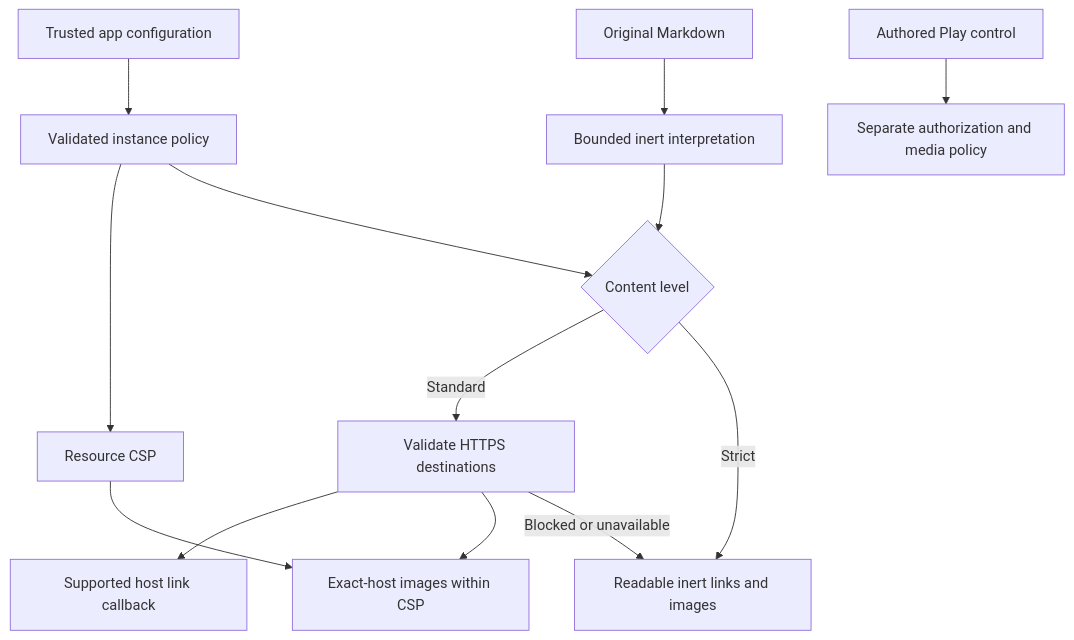
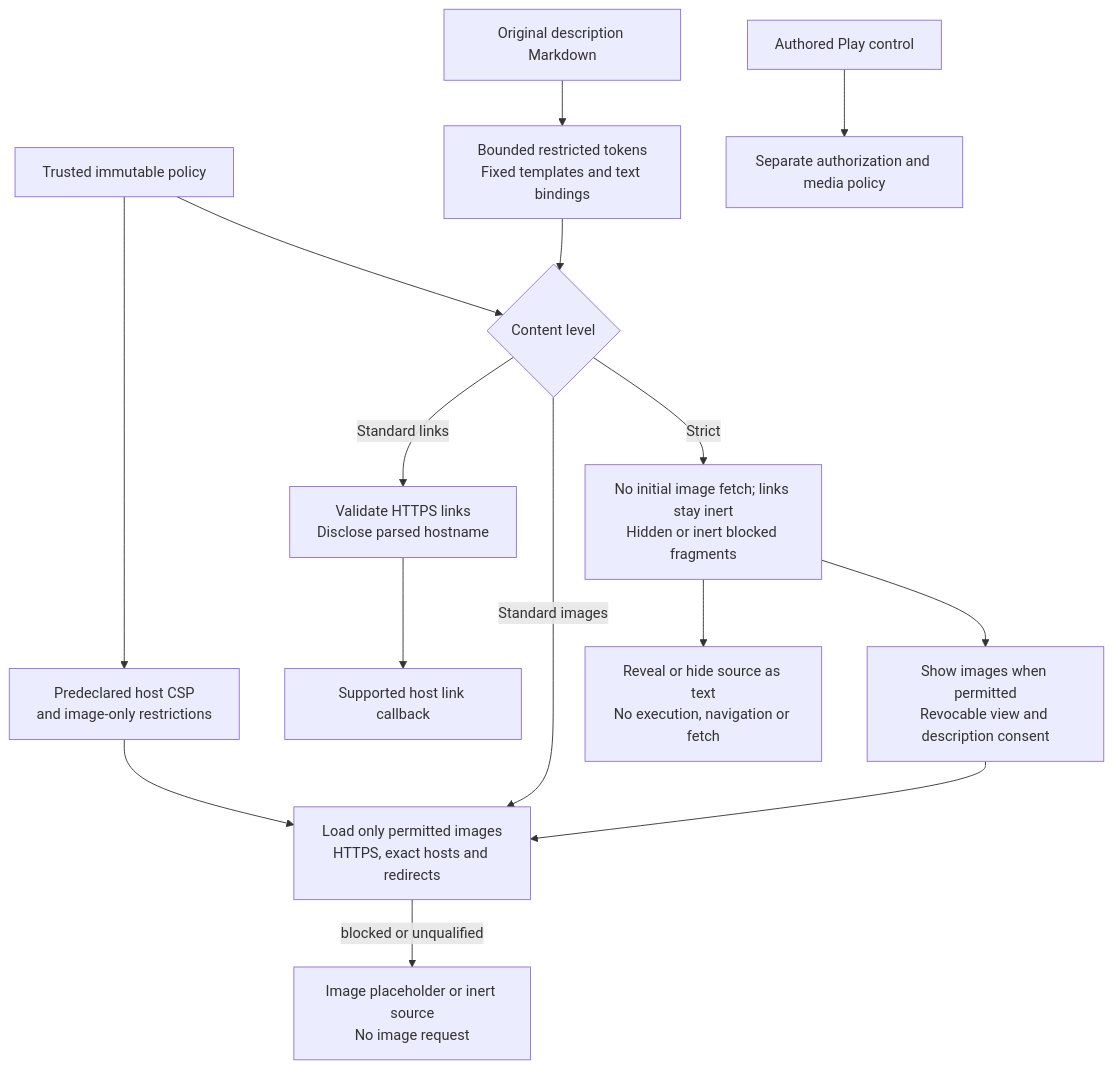
Before and after one commit to MachineWisdomAI/saga-a2ui: the diagram in diagrams/content-safety-levels.mmd, drawn with Mermaid. The commit also changed 6 other files, not shown here.

Commit message:
docs: clarify Strict content visibility and image consent

```diff
--- a/diagrams/content-safety-levels.mmd
+++ b/diagrams/content-safety-levels.mmd
@@ -1,13 +1,15 @@
 graph TD
-  A[Trusted app configuration] --> B[Validated instance policy]
-  B --> C[Resource CSP]
-  B --> D{Content level}
-  M[Original Markdown] --> N[Bounded inert interpretation]
+  P[Trusted immutable policy] --> C["Predeclared host CSP<br/>and image-only restrictions"]
+  P --> D{Content level}
+  M[Original description Markdown] --> N["Bounded restricted tokens<br/>Fixed templates and text bindings"]
   N --> D
-  D -->|Standard| E[Validate HTTPS destinations]
+  D -->|Standard links| E["Validate HTTPS links<br/>Disclose parsed hostname"]
   E --> F[Supported host link callback]
-  E --> G[Exact-host images within CSP]
-  D -->|Strict| H[Readable inert links and images]
-  E -->|Blocked or unavailable| H
+  D -->|Standard images| G["Load only permitted images<br/>HTTPS, exact hosts and redirects"]
+  C --> G
+  D -->|Strict| H["No initial image fetch; links stay inert<br/>Hidden or inert blocked fragments"]
+  H --> L["Reveal or hide source as text<br/>No execution, navigation or fetch"]
+  H --> K["Show images when permitted<br/>Revocable view and description consent"]
+  K --> G
+  G -->|blocked or unqualified| B["Image placeholder or inert source<br/>No image request"]
   I[Authored Play control] --> J[Separate authorization and media policy]
-  C --> G
```
